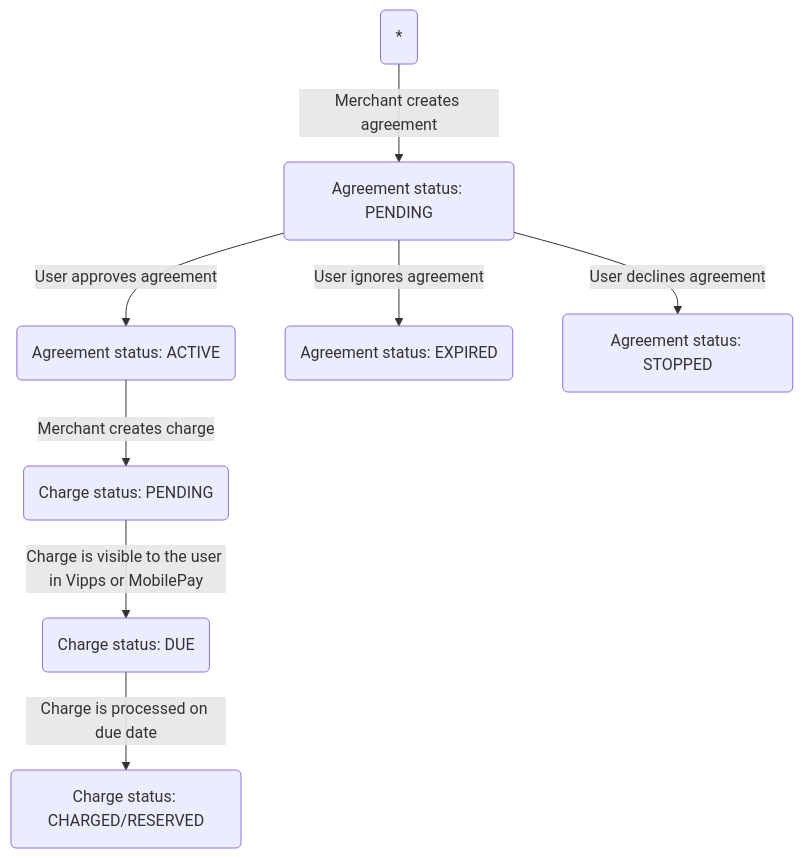
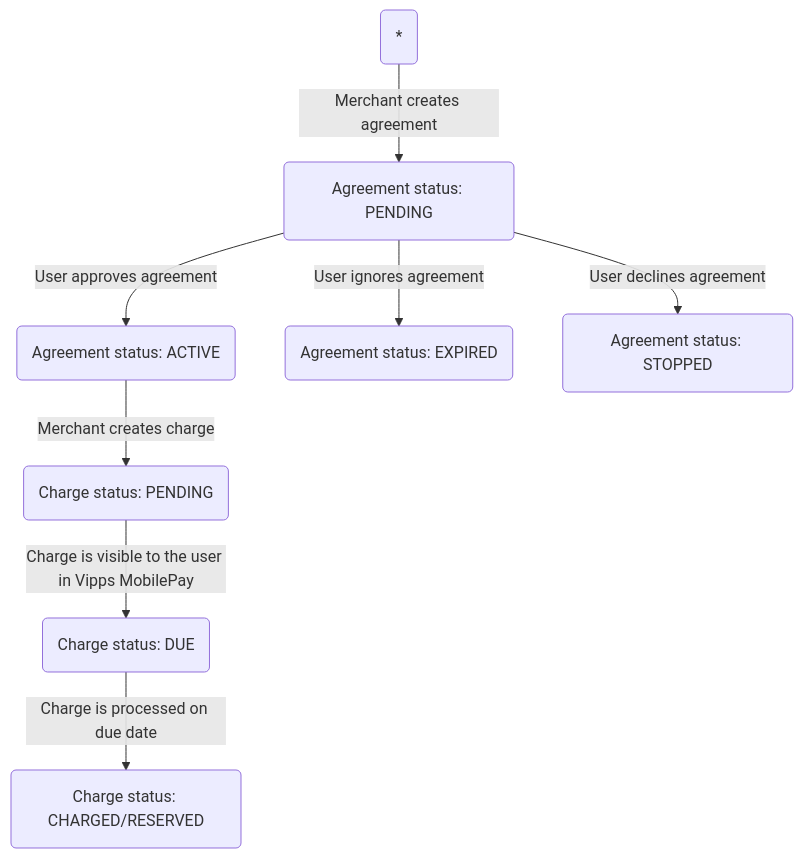
The diagram in vipps-recurring-api.md (vippsas/vipps-recurring-api), drawn with Mermaid before and after one commit. The commit also changed other lines of this file and 13 other files, not shown here.

````diff
--- a/vipps-recurring-api.md
+++ b/vipps-recurring-api.md
@@ -82,12 +82,12 @@
 ``` mermaid
 flowchart
     A(*)
     B(Agreement status: PENDING)
     A --> |Merchant creates agreement| B
     B --> |User approves agreement| C1(Agreement status: ACTIVE)
     B --> |User ignores agreement| C2(Agreement status: EXPIRED)
     B --> |User declines agreement| C3(Agreement status: STOPPED)
     C1 --> |Merchant creates charge| D1(Charge status: PENDING)
-    D1 --> |Charge is visible to the user in Vipps or MobilePay| D2(Charge status: DUE)
+    D1 --> |Charge is visible to the user in Vipps MobilePay| D2(Charge status: DUE)
     D2 --> |Charge is processed on due date| D3(Charge status: CHARGED/RESERVED)
 ```
````
